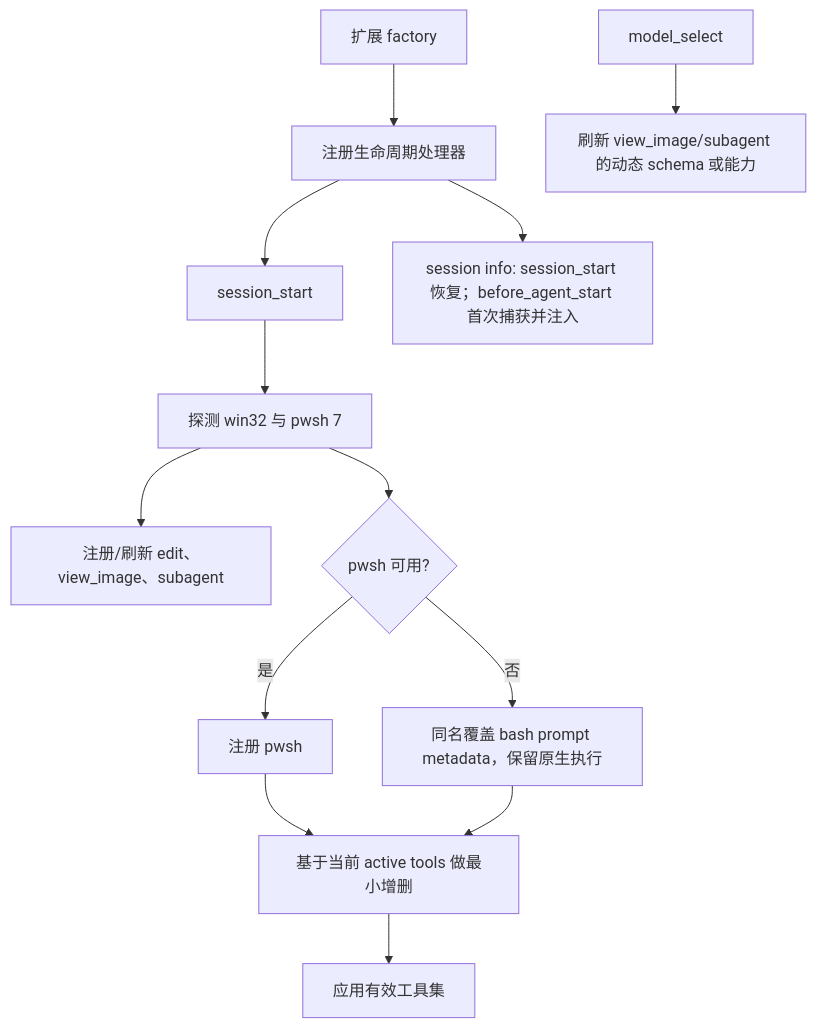
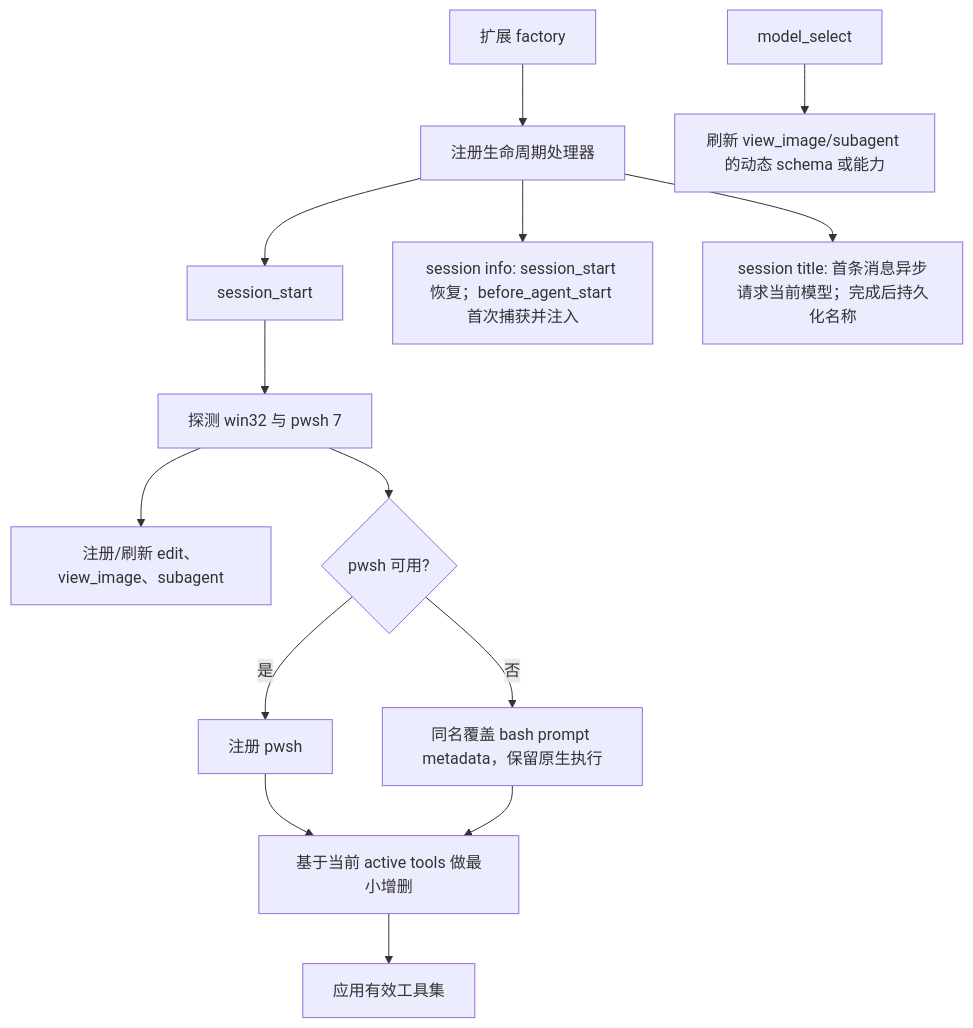
The diagram in docs/architecture.md (cha133/pi-enhanced), drawn with Mermaid before and after one commit. The commit also changed other lines of this file and 8 other files, not shown here.

````diff
--- a/docs/architecture.md
+++ b/docs/architecture.md
@@ -29,15 +30,16 @@
 ```mermaid
 flowchart TD
     A["扩展 factory"] --> B["注册生命周期处理器"]
     B --> C["session_start"]
     C --> D["探测 win32 与 pwsh 7"]
     D --> E["注册/刷新 edit、view_image、subagent"]
     D --> F{"pwsh 可用?"}
     F -->|是| G["注册 pwsh"]
     F -->|否| H["同名覆盖 bash prompt metadata，保留原生执行"]
     G --> I["基于当前 active tools 做最小增删"]
     H --> I
     I --> J["应用有效工具集"]
     K["model_select"] --> L["刷新 view_image/subagent 的动态 schema 或能力"]
     B --> M["session info: session_start 恢复；before_agent_start 首次捕获并注入"]
+    B --> N["session title: 首条消息异步请求当前模型；完成后持久化名称"]
 ```
````
